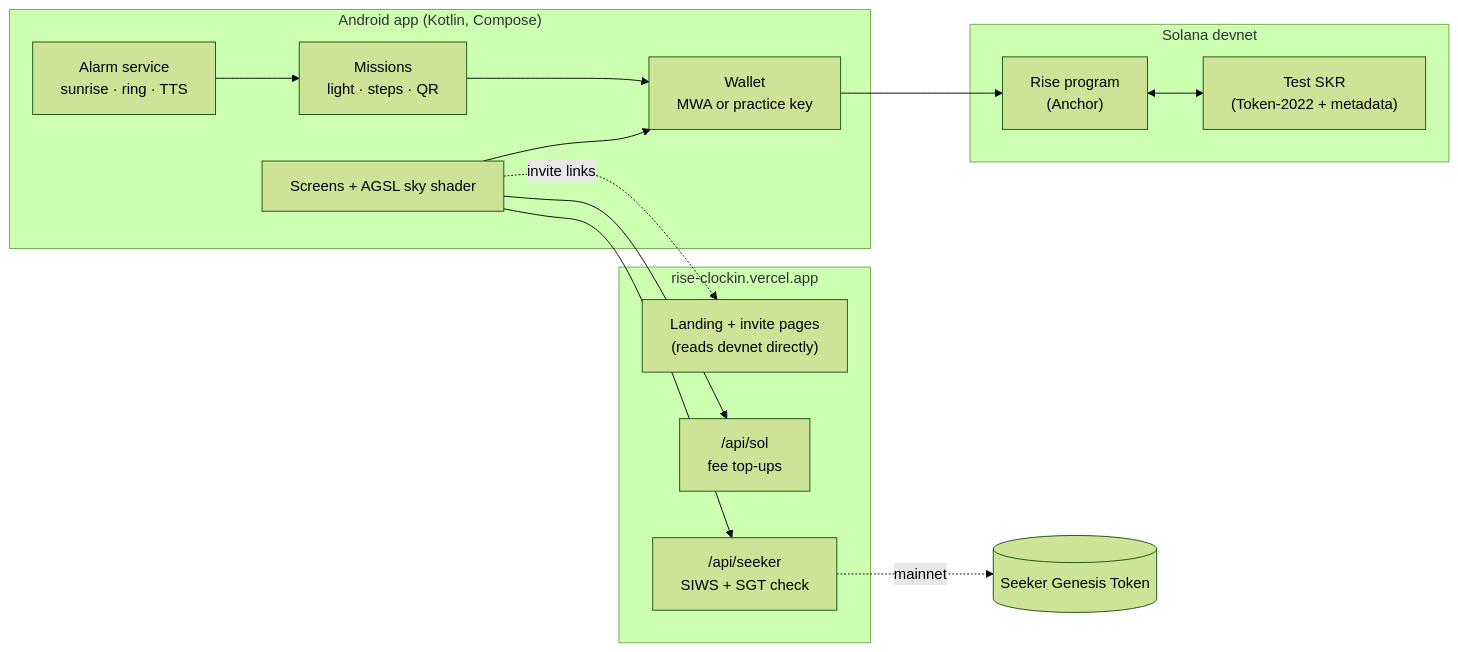
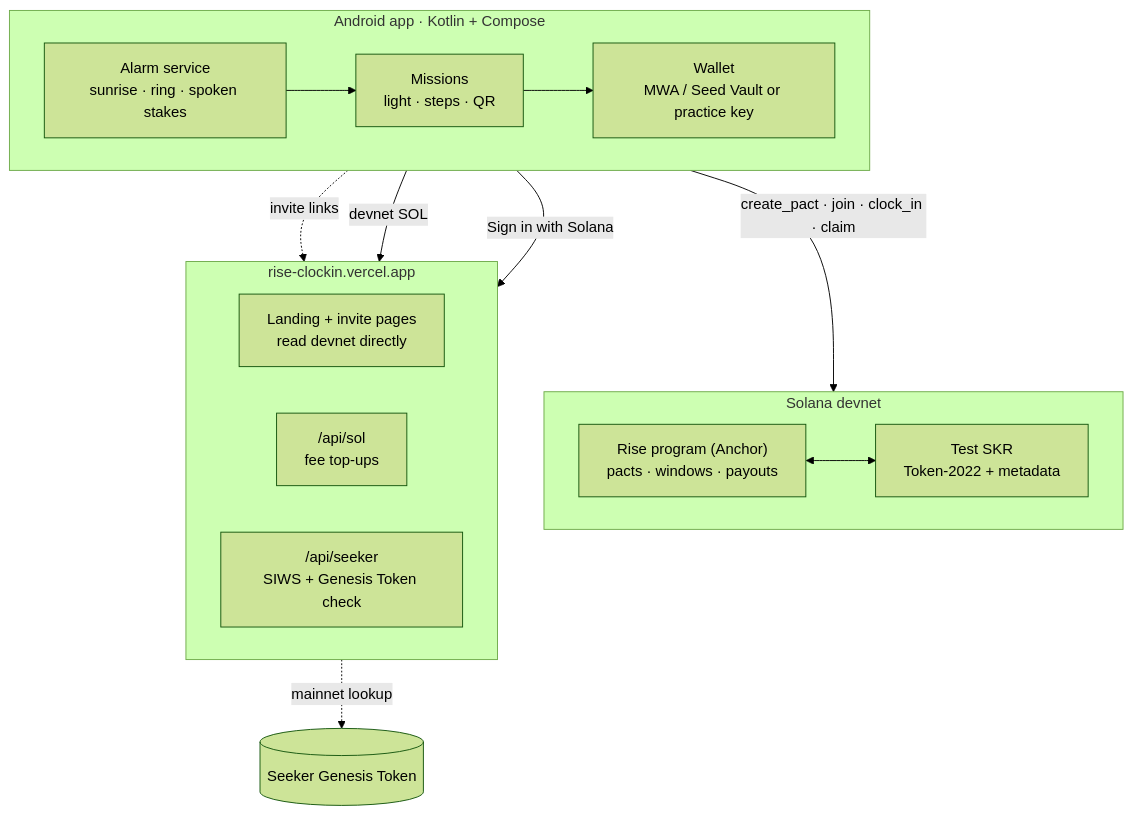
One commit to RohanGlitched/rise-clockin changed the second of 2 diagrams in README.md. Above: the diagram before and after it, drawn with Mermaid (forest theme).

Commit message:
README: clearer architecture diagram

````diff
--- a/README.md
+++ b/README.md
@@ -109,25 +109,22 @@
 ```mermaid
-flowchart LR
-    subgraph Phone["Android app (Kotlin, Compose)"]
-        UI["Screens + AGSL sky shader"]
-        AL["Alarm service<br/>sunrise · ring · TTS"]
-        MS["Missions<br/>light · steps · QR"]
-        WA["Wallet<br/>MWA or practice key"]
+flowchart TB
+    subgraph Phone["Android app · Kotlin + Compose"]
+        direction LR
+        AL["Alarm service<br/>sunrise · ring · spoken stakes"] --> MS["Missions<br/>light · steps · QR"] --> WA["Wallet<br/>MWA / Seed Vault or practice key"]
     end
-    subgraph Solana["Solana devnet"]
-        PR["Rise program<br/>(Anchor)"]
-        SKR["Test SKR<br/>(Token-2022 + metadata)"]
+    subgraph Chain["Solana devnet"]
+        direction LR
+        PR["Rise program (Anchor)<br/>pacts · windows · payouts"] <--> SKR["Test SKR<br/>Token-2022 + metadata"]
     end
     subgraph Web["rise-clockin.vercel.app"]
-        SITE["Landing + invite pages<br/>(reads devnet directly)"]
+        direction LR
+        SITE["Landing + invite pages<br/>read devnet directly"]
         SOL["/api/sol<br/>fee top-ups"]
-        SGT["/api/seeker<br/>SIWS + SGT check"]
+        SGT["/api/seeker<br/>SIWS + Genesis Token check"]
     end
-    UI --> WA --> PR
-    AL --> MS --> WA
-    PR <--> SKR
-    UI -. "invite links" .-> SITE
-    UI --> SOL
-    UI --> SGT
-    SGT -. "mainnet" .-> M[("Seeker Genesis Token")]
+    WA -- "create_pact · join · clock_in · claim" --> PR
+    Phone -. "invite links" .-> SITE
+    Phone -- "devnet SOL" --> SOL
+    Phone -- "Sign in with Solana" --> SGT
+    SGT -. "mainnet lookup" .-> MAIN[("Seeker Genesis Token")]
 ```
````
